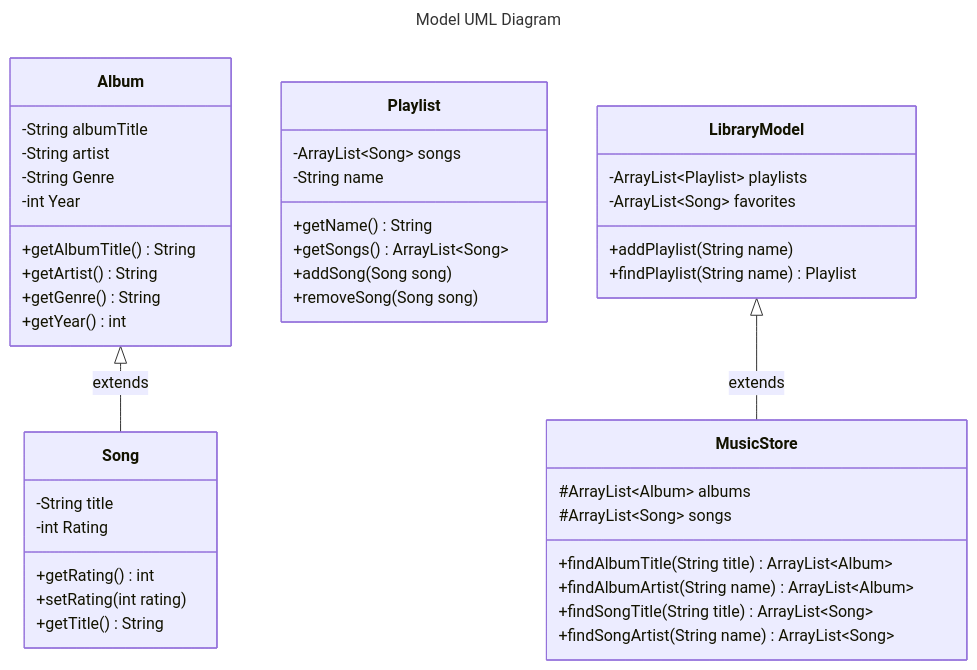
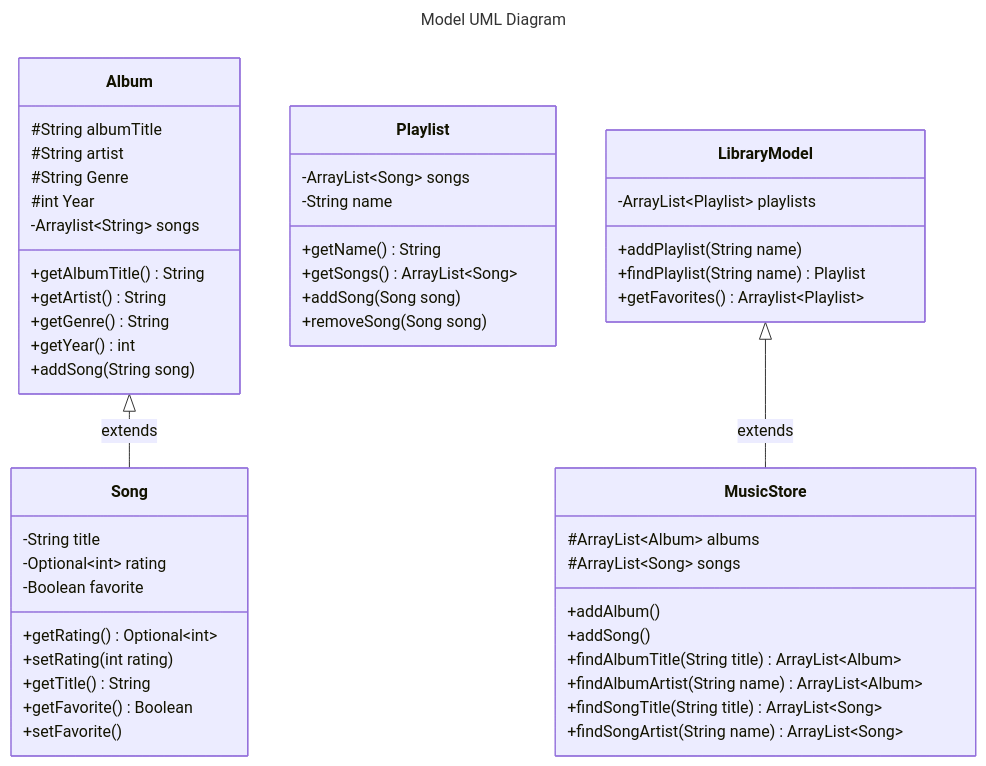
The diagram in README.md (varphi-online/335-LA1), drawn with Mermaid before and after one commit. The commit also changed other lines of this file and 5 other files, not shown here.

Commit message:
Prepped Jar file, fixed bugs, updated model UML

````diff
--- a/README.md
+++ b/README.md
@@ -10,53 +14,60 @@
 ```mermaid
 ---
 title: Model UML Diagram
 ---
 classDiagram
-    class Song {
-        -String title
-        -int Rating
-        +getRating() int
-        +setRating(int rating)
-        +getTitle() String
-    }
-
     class Album {
-        -String albumTitle
-        -String artist
-        -String Genre
-        -int Year
+        #String albumTitle
+        #String artist
+        #String Genre
+        #int Year
+        -Arraylist~String~ songs
         +getAlbumTitle() String
         +getArtist() String
         +getGenre() String
         +getYear() int
+        +addSong(String song)
     }
+
+    class Song {
+        -String title
+        -Optional~int~ rating
+        -Boolean favorite
+        +getRating() Optional~int~
+        +setRating(int rating)
+        +getTitle() String
+        +getFavorite() Boolean
+        +setFavorite()
+    }
+
+    Album <|-- Song : extends
 
     class Playlist {
         -ArrayList~Song~ songs
         -String name
         +getName() String
         +getSongs() ArrayList~Song~
         +addSong(Song song)
         +removeSong(Song song)
     }
-
-    Album <|-- Song : extends
-
+    
     class MusicStore {
         #ArrayList~Album~ albums
         #ArrayList~Song~ songs
+        +addAlbum()
+        +addSong()
         +findAlbumTitle(String title) ArrayList~Album~
         +findAlbumArtist(String name) ArrayList~Album~
         +findSongTitle(String title) ArrayList~Song~
         +findSongArtist(String name) ArrayList~Song~
     }
 
     class LibraryModel {
         -ArrayList~Playlist~ playlists
-        -ArrayList~Song~ favorites
         +addPlaylist(String name)
         +findPlaylist(String name) Playlist
+        +getFavorites() Arraylist~Playlist~
     }
 
     LibraryModel <|-- MusicStore : extends
 ```
````
